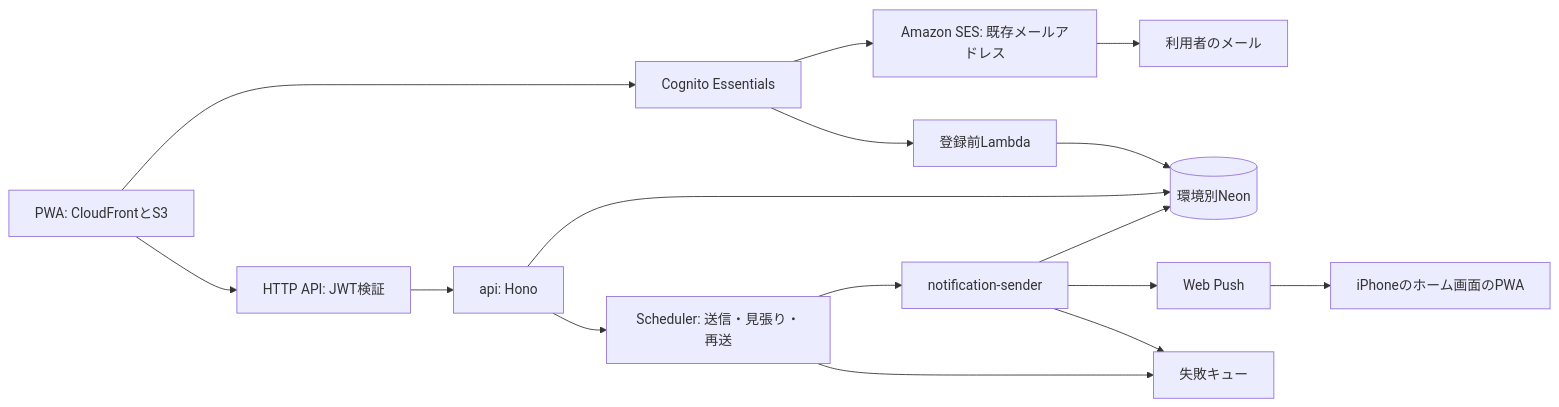
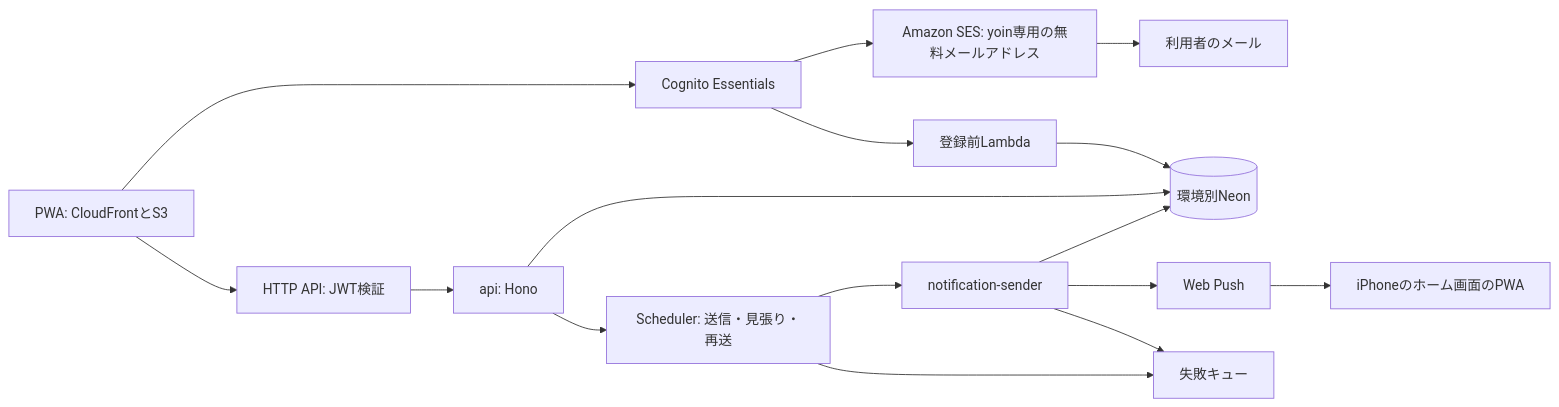
The second of 6 diagrams in docs/designs/first-slice.md (oze-xxbumpxx/yoin), drawn with Mermaid before and after one commit. The commit also changed other lines of this file and 3 other files, not shown here.

````diff
--- a/docs/designs/first-slice.md
+++ b/docs/designs/first-slice.md
@@ -57,13 +57,13 @@
 ```mermaid
 flowchart LR
     UI["PWA: CloudFrontとS3"] --> C["Cognito Essentials"]
-    C --> SES["Amazon SES: 既存メールアドレス"] --> Inbox["利用者のメール"]
+    C --> SES["Amazon SES: yoin専用の無料メールアドレス"] --> Inbox["利用者のメール"]
     C --> L["登録前Lambda"] --> DB[("環境別Neon")]
     UI --> GW["HTTP API: JWT検証"] --> A["api: Hono"]
     A --> DB
     A --> S["Scheduler: 送信・見張り・再送"]
     S --> W["notification-sender"] --> DB
     W --> Push["Web Push"] --> IOS["iPhoneのホーム画面のPWA"]
     S --> Q["失敗キュー"]
     W --> Q
 ```
````
